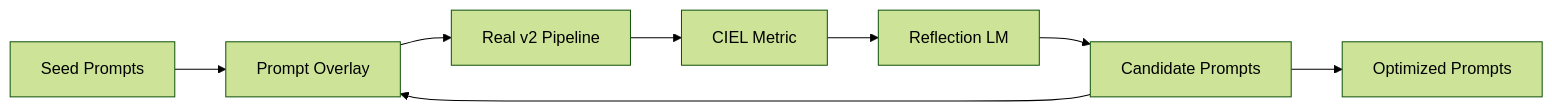
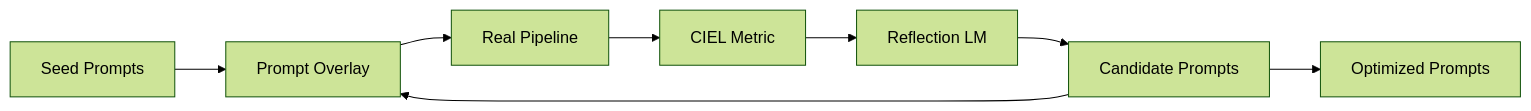
The eighth of 8 diagrams in README.md (brookyale0512/TenaOS), drawn with Mermaid (forest theme) before and after one commit. The commit also changed other lines of this file, not shown here.

````diff
--- a/README.md
+++ b/README.md
@@ -409,10 +397,10 @@
 ```mermaid
 flowchart LR
     SeedPrompts["Seed Prompts"] --> PromptOverlay["Prompt Overlay"]
-    PromptOverlay --> RealPipeline["Real v2 Pipeline"]
+    PromptOverlay --> RealPipeline["Real Pipeline"]
     RealPipeline --> CIELMetric["CIEL Metric"]
     CIELMetric --> ReflectionLM["Reflection LM"]
     ReflectionLM --> CandidatePrompts["Candidate Prompts"]
     CandidatePrompts --> PromptOverlay
     CandidatePrompts --> OptimizedPrompts["Optimized Prompts"]
 ```
````
